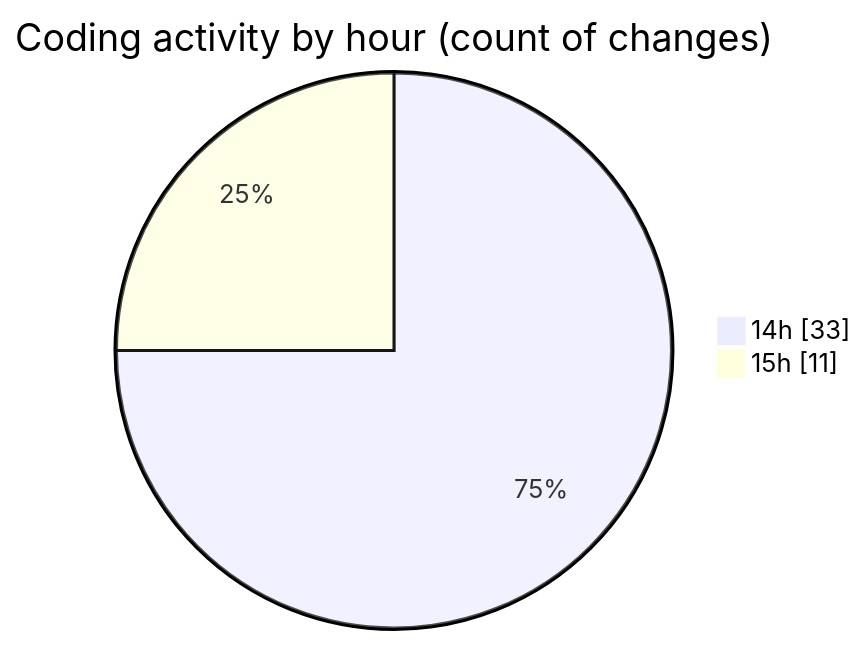
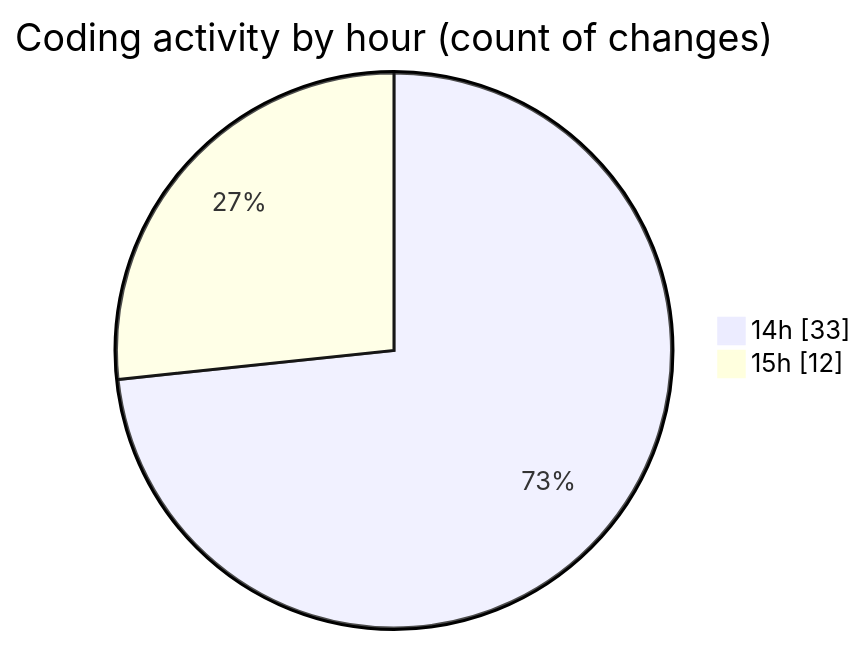
One commit to jadenblack/code-tracking changed the second of 2 diagrams in 2026-03-04/shadcn-admin-kit-main__workspace_/README.md. Above: the diagram before and after it, drawn with Mermaid. The commit also changed other lines of this file and 1 other file, not shown here.

````diff
--- a/2026-03-04/shadcn-admin-kit-main__workspace_/README.md
+++ b/2026-03-04/shadcn-admin-kit-main__workspace_/README.md
@@ -55,6 +55,6 @@
 ```mermaid
 pie showData
 title Coding activity by hour (count of changes)
 "14h" : 33
-"15h" : 11
+"15h" : 12
 ```
````
